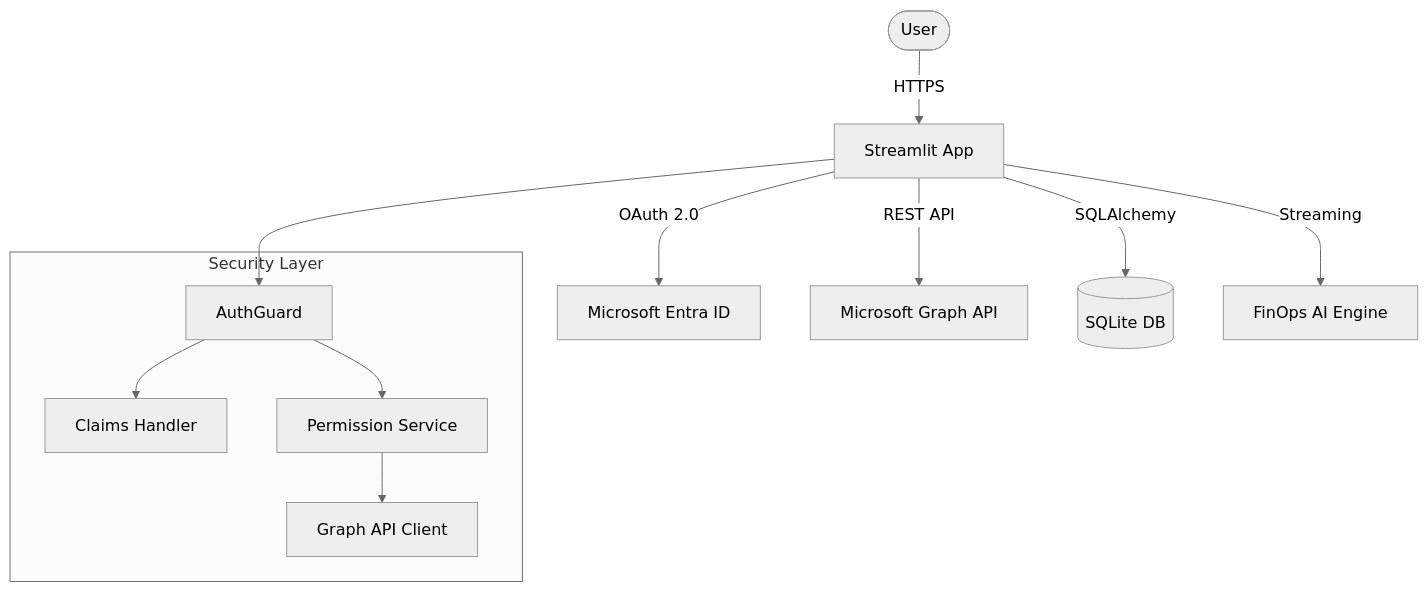
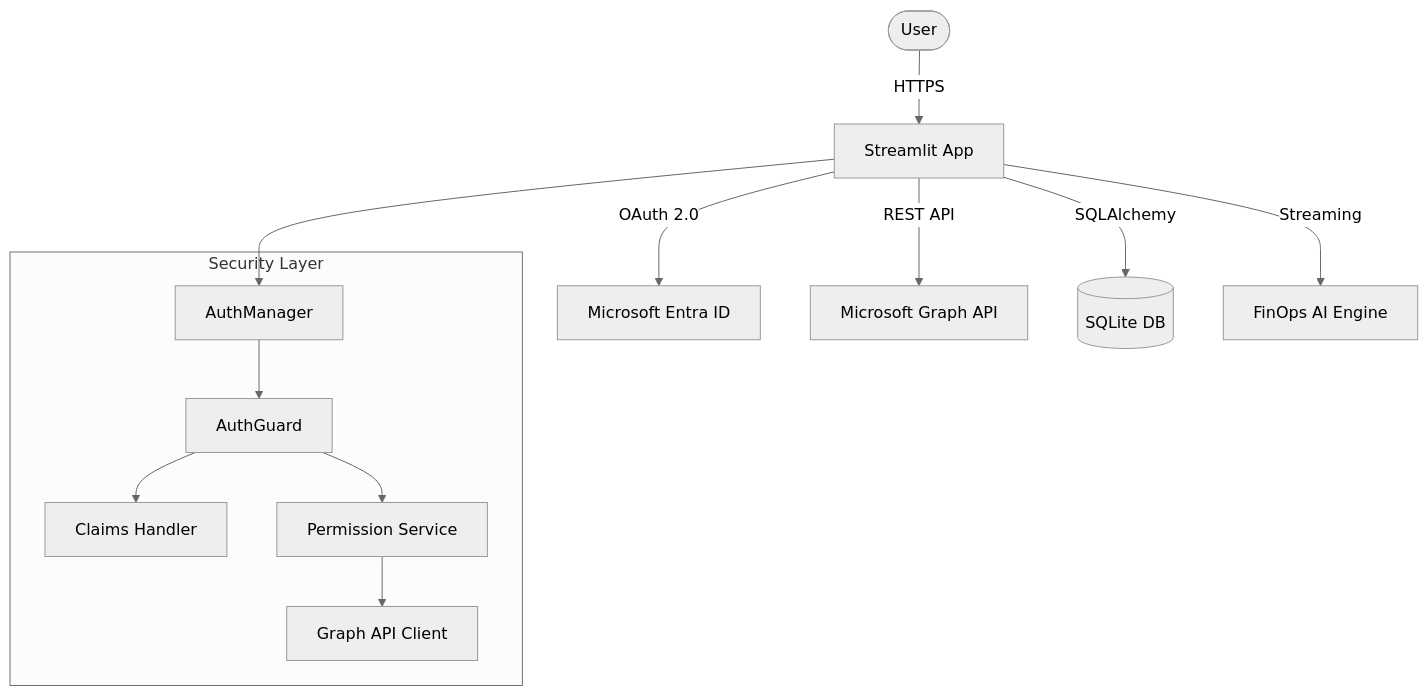
The diagram in README.md (colemaster/streamlit_user_management), drawn with Mermaid (neutral theme) before and after one commit. The commit also changed other lines of this file and 1 other file, not shown here.

````diff
--- a/README.md
+++ b/README.md
@@ -112,20 +116,22 @@
 ```mermaid
 graph TD
     User([User]) -->|HTTPS| Streamlit[Streamlit App]
     Streamlit -->|OAuth 2.0| EntraID[Microsoft Entra ID]
     Streamlit -->|REST API| GraphAPI[Microsoft Graph API]
     Streamlit -->|SQLAlchemy| SQLite[(SQLite DB)]
     Streamlit -->|Streaming| FinOpsEngine[FinOps AI Engine]
 
     subgraph "Security Layer"
+        AuthManager[AuthManager]
         AuthGuard[AuthGuard]
         Claims[Claims Handler]
         Permissions[Permission Service]
         GraphClient[Graph API Client]
     end
 
-    Streamlit --> AuthGuard
+    Streamlit --> AuthManager
+    AuthManager --> AuthGuard
     AuthGuard --> Claims
     AuthGuard --> Permissions
     Permissions --> GraphClient
 ```
````
